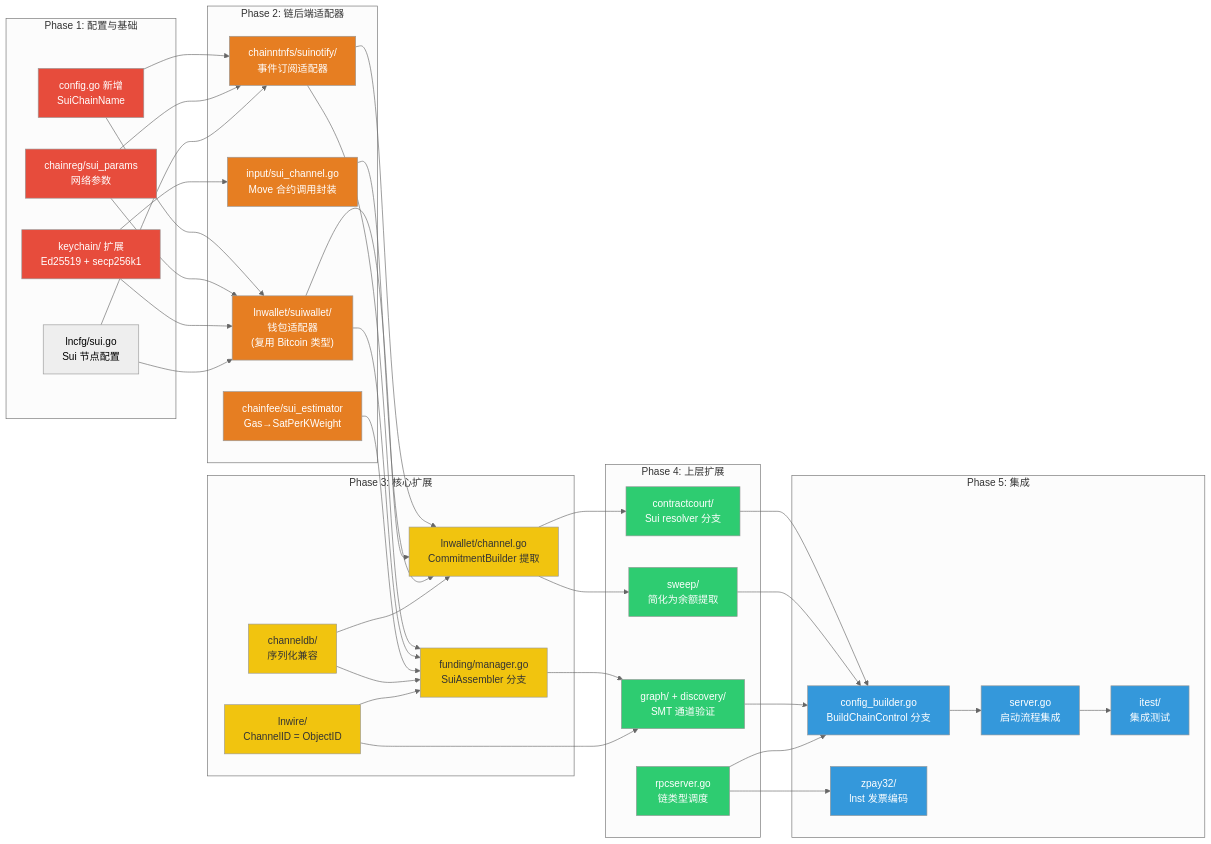
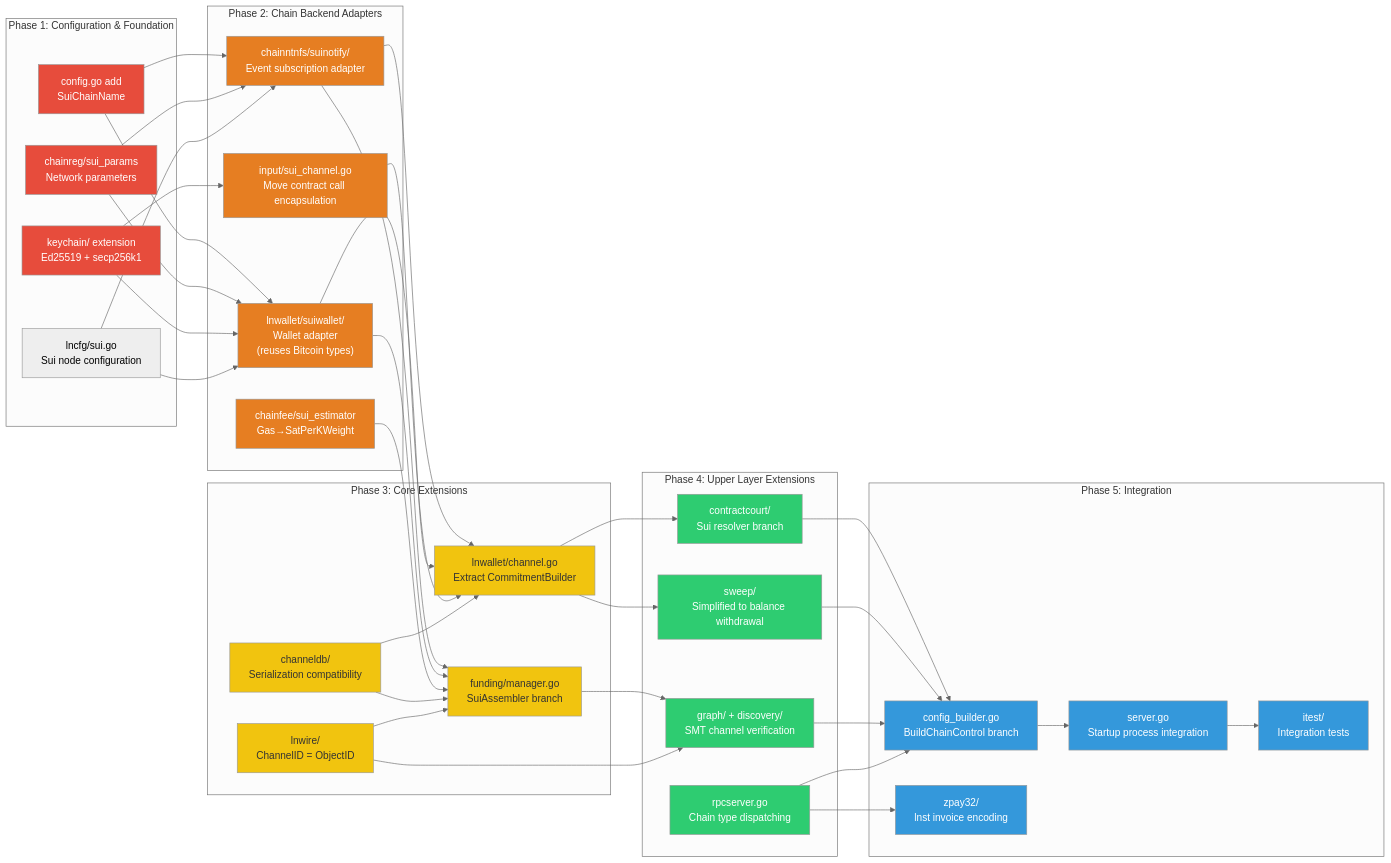
Before and after one commit to loka-network/loka-p2p-lnd: the eighth of 9 diagrams in 1-refactor-docs/sui/lnd-and-sui-integration.md, drawn with Mermaid (neutral theme). The commit also changed other lines of this file and 12 other files, not shown here.

````diff
--- a/1-refactor-docs/sui/lnd-and-sui-integration.md
+++ b/1-refactor-docs/sui/lnd-and-sui-integration.md
@@ -408,76 +408,76 @@
 ```mermaid
 graph LR
-    subgraph "Phase 1: 配置与基础"
-        P1A["config.go 新增<br/>SuiChainName"]
-        P1B["chainreg/sui_params<br/>网络参数"]
-        P1C["keychain/ 扩展<br/>Ed25519 + secp256k1"]
-        P1D["lncfg/sui.go<br/>Sui 节点配置"]
+    subgraph "Phase 1: Configuration & Foundation"
+        P1A["config.go add<br/>SuiChainName"]
+        P1B["chainreg/sui_params<br/>Network parameters"]
+        P1C["keychain/ extension<br/>Ed25519 + secp256k1"]
+        P1D["lncfg/sui.go<br/>Sui node configuration"]
     end
 
-    subgraph "Phase 2: 链后端适配器"
-        P2A["chainntnfs/suinotify/<br/>事件订阅适配器"]
-        P2B["lnwallet/suiwallet/<br/>钱包适配器<br/>(复用 Bitcoin 类型)"]
-        P2C["input/sui_channel.go<br/>Move 合约调用封装"]
+    subgraph "Phase 2: Chain Backend Adapters"
+        P2A["chainntnfs/suinotify/<br/>Event subscription adapter"]
+        P2B["lnwallet/suiwallet/<br/>Wallet adapter<br/>(reuses Bitcoin types)"]
+        P2C["input/sui_channel.go<br/>Move contract call encapsulation"]
         P2D["chainfee/sui_estimator<br/>Gas→SatPerKWeight"]
     end
 
-    subgraph "Phase 3: 核心扩展"
-        P3A["lnwallet/channel.go<br/>CommitmentBuilder 提取"]
-        P3B["funding/manager.go<br/>SuiAssembler 分支"]
-        P3C["channeldb/<br/>序列化兼容"]
+    subgraph "Phase 3: Core Extensions"
+        P3A["lnwallet/channel.go<br/>Extract CommitmentBuilder"]
+        P3B["funding/manager.go<br/>SuiAssembler branch"]
+        P3C["channeldb/<br/>Serialization compatibility"]
         P3D["lnwire/<br/>ChannelID = ObjectID"]
     end
 
-    subgraph "Phase 4: 上层扩展"
-        P4A["contractcourt/<br/>Sui resolver 分支"]
-        P4B["sweep/<br/>简化为余额提取"]
-        P4C["graph/ + discovery/<br/>SMT 通道验证"]
-        P4D["rpcserver.go<br/>链类型调度"]
+    subgraph "Phase 4: Upper Layer Extensions"
+        P4A["contractcourt/<br/>Sui resolver branch"]
+        P4B["sweep/<br/>Simplified to balance withdrawal"]
+        P4C["graph/ + discovery/<br/>SMT channel verification"]
+        P4D["rpcserver.go<br/>Chain type dispatching"]
     end
 
-    subgraph "Phase 5: 集成"
-        P5A["config_builder.go<br/>BuildChainControl 分支"]
-        P5B["server.go<br/>启动流程集成"]
-        P5C["zpay32/<br/>lnst 发票编码"]
-        P5D["itest/<br/>集成测试"]
+    subgraph "Phase 5: Integration"
+        P5A["config_builder.go<br/>BuildChainControl branch"]
+        P5B["server.go<br/>Startup process integration"]
+        P5C["zpay32/<br/>lnst invoice encoding"]
+        P5D["itest/<br/>Integration tests"]
     end
 
     P1A --> P2A & P2B
     P1B --> P2A & P2B
     P1C --> P2B & P2C
     P1D --> P2A & P2B
 
     P2A --> P3A & P3B
     P2B --> P3A & P3B
     P2C --> P3A
     P2D --> P3B
 
     P3A --> P4A & P4B
     P3B --> P4C
     P3C --> P3A & P3B
     P3D --> P3B & P4C
 
     P4A & P4B & P4C & P4D --> P5A
     P5A --> P5B --> P5D
     P4D --> P5C
 
     style P1A fill:#e74c3c,color:#fff
     style P1B fill:#e74c3c,color:#fff
     style P1C fill:#e74c3c,color:#fff
     style P2A fill:#e67e22,color:#fff
     style P2B fill:#e67e22,color:#fff
     style P2C fill:#e67e22,color:#fff
     style P2D fill:#e67e22,color:#fff
     style P3A fill:#f1c40f,color:#333
     style P3B fill:#f1c40f,color:#333
     style P3C fill:#f1c40f,color:#333
     style P3D fill:#f1c40f,color:#333
     style P4A fill:#2ecc71,color:#fff
     style P4B fill:#2ecc71,color:#fff
     style P4C fill:#2ecc71,color:#fff
     style P4D fill:#2ecc71,color:#fff
     style P5A fill:#3498db,color:#fff
     style P5B fill:#3498db,color:#fff
     style P5C fill:#3498db,color:#fff
     style P5D fill:#3498db,color:#fff
 ```
````
